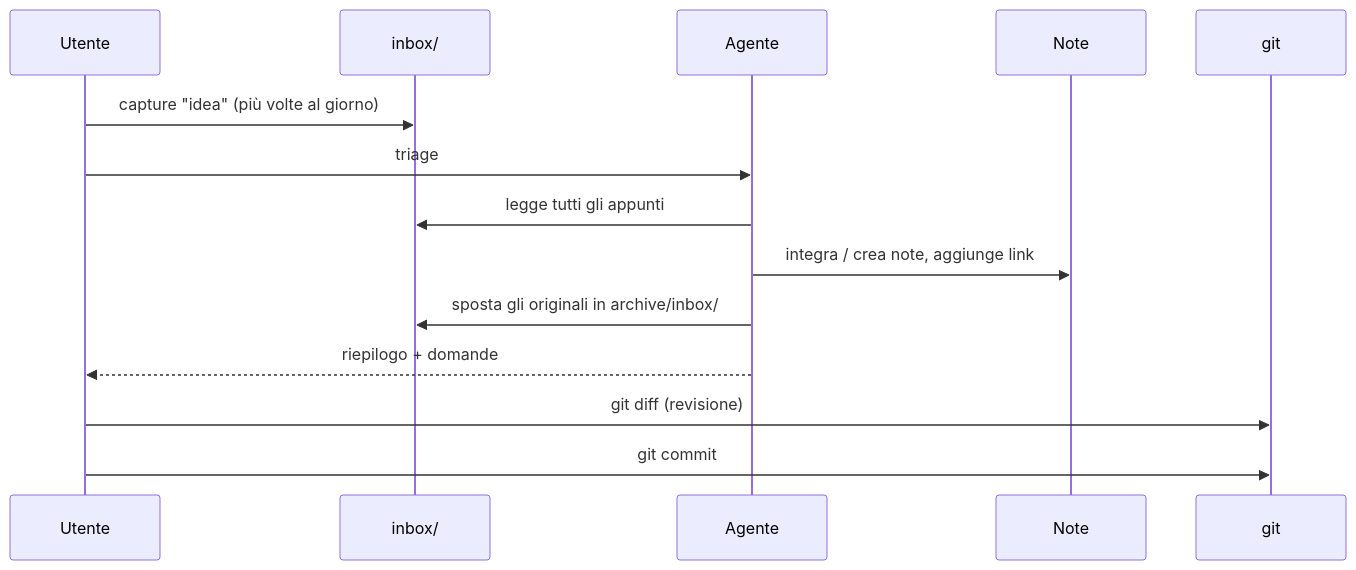
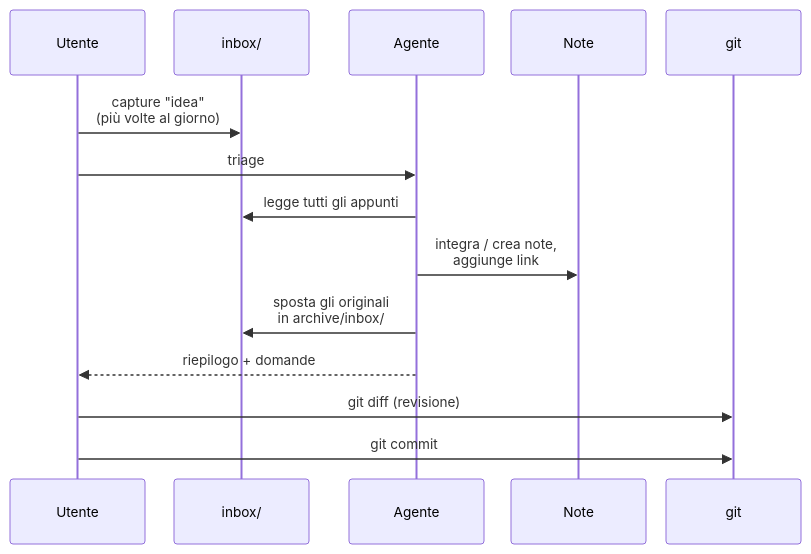
One commit to matteogiorgi/geonote changed the fourth of 4 diagrams in strumenti_curiosita/second_brain.md. Above: the diagram before and after it, drawn with Mermaid. The commit also changed other lines of this file, not shown here.

Commit message:
fix mermaid graphs

````diff
--- a/strumenti_curiosita/second_brain.md
+++ b/strumenti_curiosita/second_brain.md
@@ -650,16 +664,23 @@
 ```mermaid
+---
+config:
+  fontSize: 13.6
+  sequence:
+    width: 135
+    actorMargin: 20
+---
 sequenceDiagram
     participant U as Utente
     participant I as inbox/
     participant A as Agente
     participant N as Note
     participant G as git
-    U->>I: capture "idea" (più volte al giorno)
+    U->>I: capture "idea"<br/>(più volte al giorno)
     U->>A: triage
     A->>I: legge tutti gli appunti
-    A->>N: integra / crea note, aggiunge link
-    A->>I: sposta gli originali in archive/inbox/
+    A->>N: integra / crea note,<br/>aggiunge link
+    A->>I: sposta gli originali<br/>in archive/inbox/
     A-->>U: riepilogo + domande
     U->>G: git diff (revisione)
     U->>G: git commit
 ```
````
